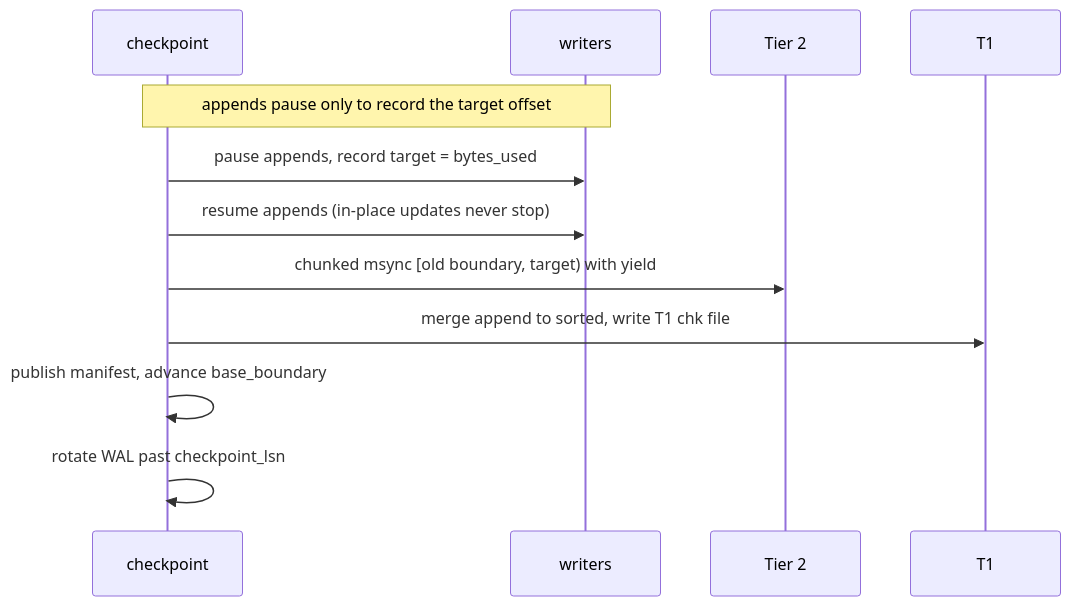
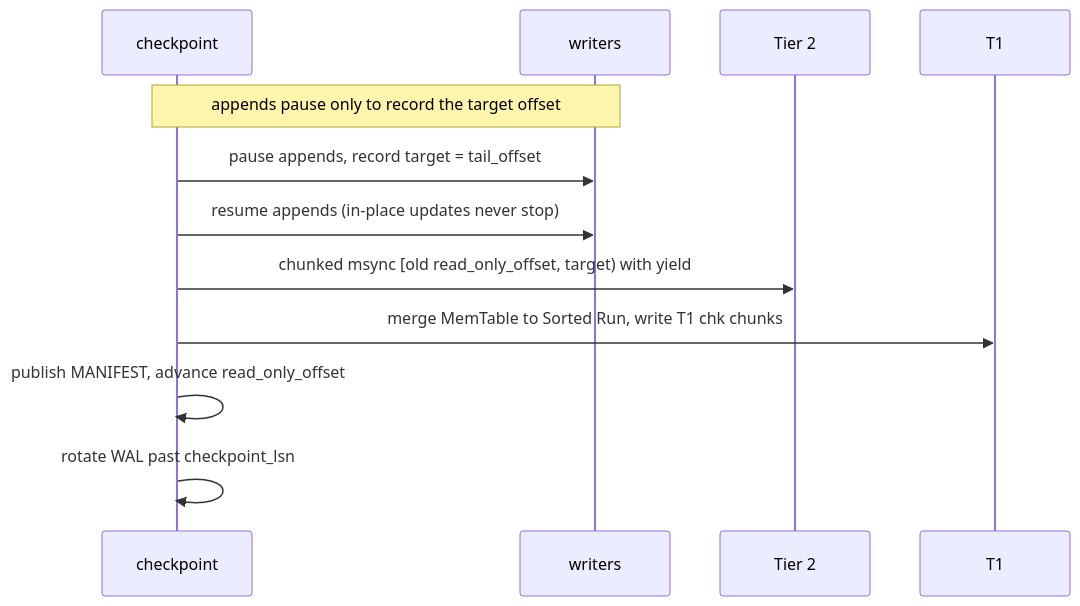
The third of 4 diagrams in docs/specification/low_level_design.md (LineairDB/vmemkv), drawn with Mermaid before and after one commit. The commit also changed other lines of this file and 29 other files, not shown here.

````diff
--- a/docs/specification/low_level_design.md
+++ b/docs/specification/low_level_design.md
@@ -311,14 +308,14 @@
 ```mermaid
 sequenceDiagram
     participant C as checkpoint
     participant W as writers
     participant T2 as Tier 2
     participant T1 as T1
     Note over C,W: appends pause only to record the target offset
-    C->>W: pause appends, record target = bytes_used
+    C->>W: pause appends, record target = tail_offset
     C->>W: resume appends (in-place updates never stop)
-    C->>T2: chunked msync [old boundary, target) with yield
-    C->>T1: merge append to sorted, write T1 chk file
-    C->>C: publish manifest, advance base_boundary
+    C->>T2: chunked msync [old read_only_offset, target) with yield
+    C->>T1: merge MemTable to Sorted Run, write T1 chk chunks
+    C->>C: publish MANIFEST, advance read_only_offset
     C->>C: rotate WAL past checkpoint_lsn
 ```
````
